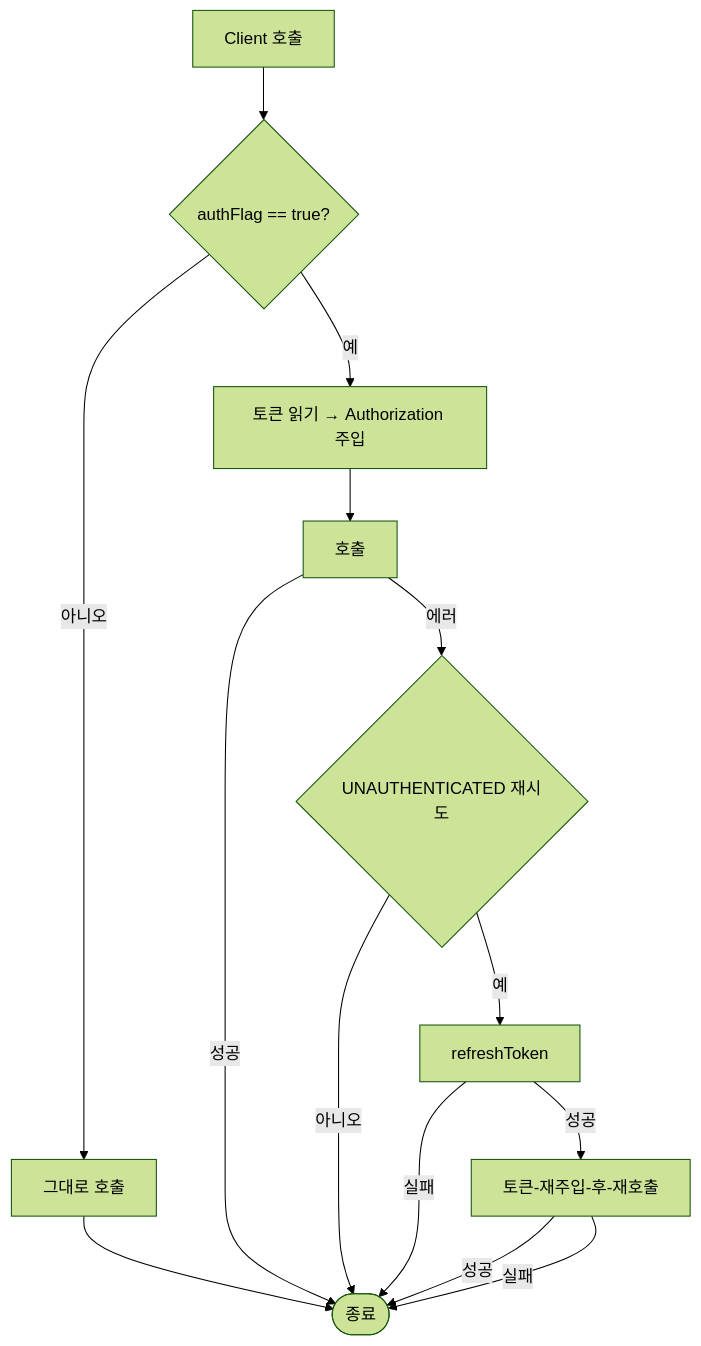
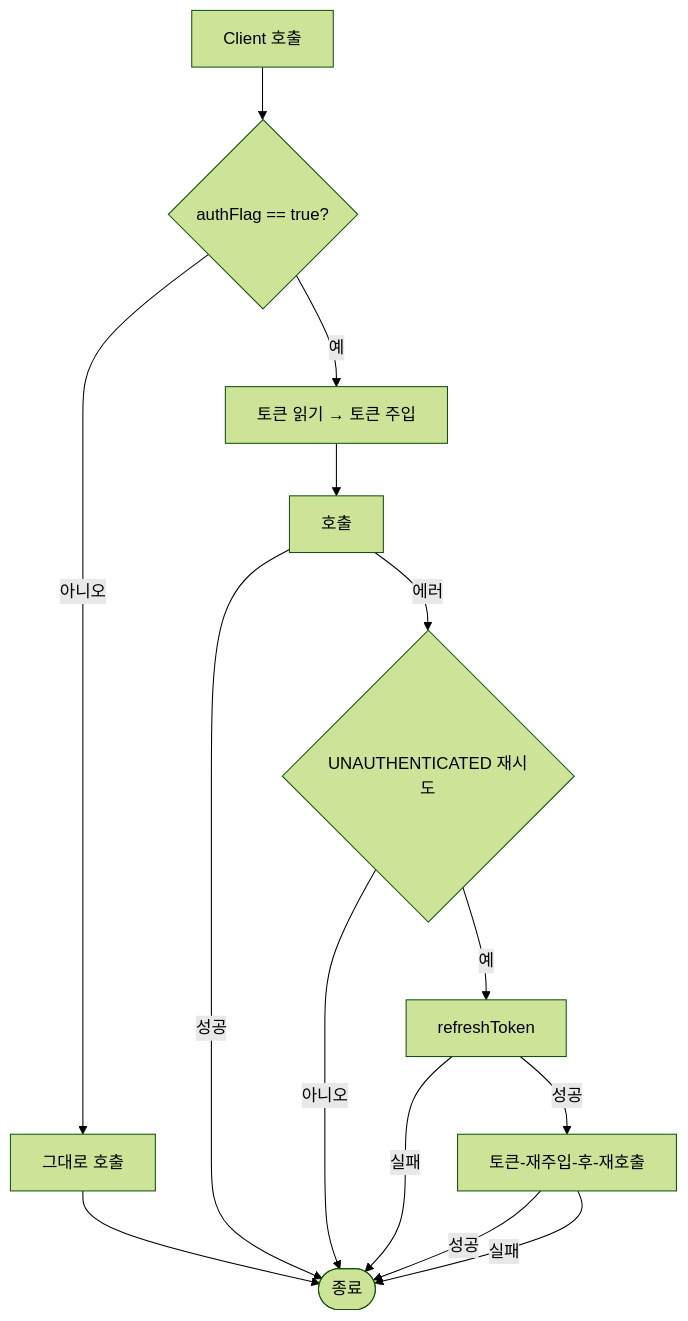
Before and after one commit to KoreanTuna/gRPC-demo: the first of 2 diagrams in README.md, drawn with Mermaid (forest theme).

````diff
--- a/README.md
+++ b/README.md
@@ -32,21 +32,21 @@
 ```mermaid
 flowchart TD
     A[Client 호출]
     B{authFlag == true?}
     Z([종료])
 
     A --> B
     B -->|아니오| C[그대로 호출]
     C --> Z
 
-    B -->|예| D[토큰 읽기 → Authorization 주입 ]
+    B -->|예| D[토큰 읽기 → 토큰 주입 ]
     D --> E[호출]
     E -->|성공| Z
     E -->|에러| G{UNAUTHENTICATED 재시도}
     G -->|아니오| Z
     G -->|예| H[refreshToken]
     H -->|실패| Z
     H -->|성공| J[토큰-재주입-후-재호출]
     J -->|성공| Z
     J -->|실패| Z
 ```
````
